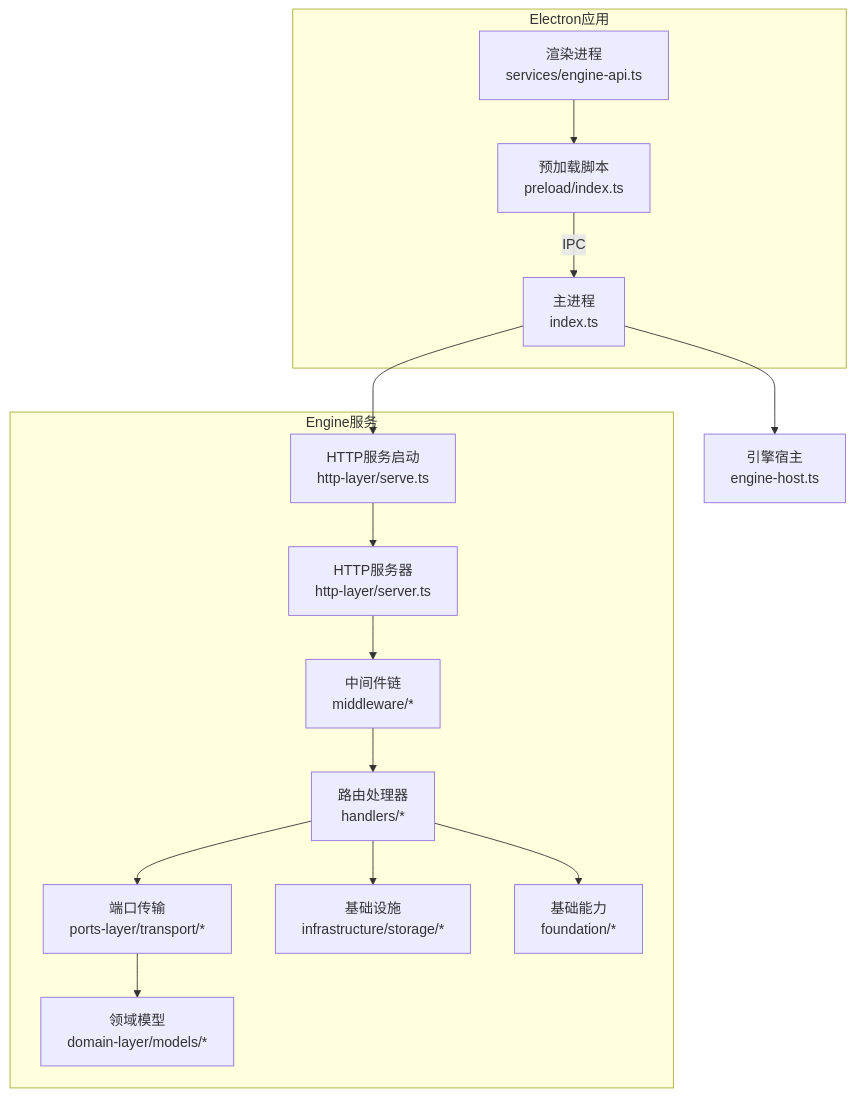
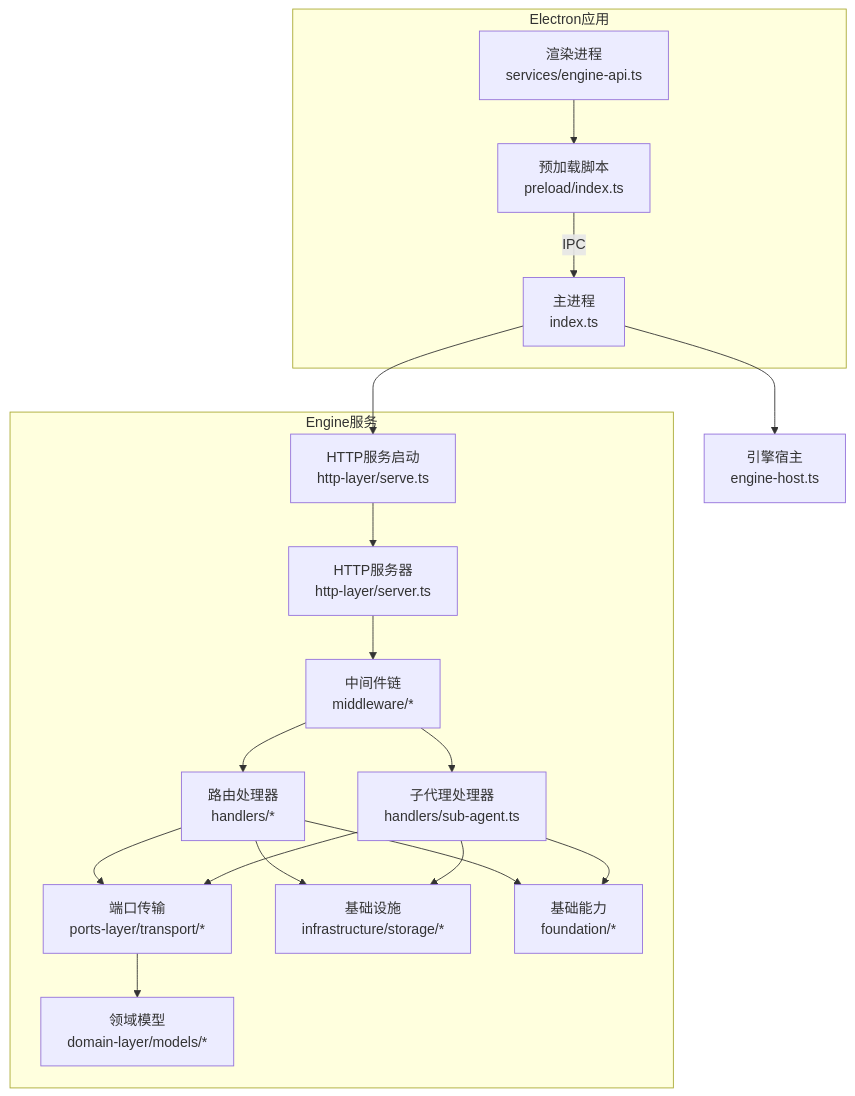
One commit to kkutysllb/KCoder changed the first of 9 diagrams in .qoder/repowiki/zh/content/AI对话系统/引擎API集成.md. Above: the diagram before and after it, drawn with Mermaid. The commit also changed other lines of this file and 127 other files, not shown here.

````diff
--- a/.qoder/repowiki/zh/content/AI对话系统/引擎API集成.md
+++ b/.qoder/repowiki/zh/content/AI对话系统/引擎API集成.md
@@ -60,29 +68,34 @@
 ```mermaid
 graph TB
 subgraph "Electron应用"
 Main["主进程<br/>index.ts"]
 Preload["预加载脚本<br/>preload/index.ts"]
 Renderer["渲染进程<br/>services/engine-api.ts"]
 end
 subgraph "Engine服务"
 HttpServe["HTTP服务启动<br/>http-layer/serve.ts"]
 Server["HTTP服务器<br/>http-layer/server.ts"]
 Handlers["路由处理器<br/>handlers/*"]
+SubAgentHandler["子代理处理器<br/>handlers/sub-agent.ts"]
 Middleware["中间件链<br/>middleware/*"]
 Ports["端口传输<br/>ports-layer/transport/*"]
 Domain["领域模型<br/>domain-layer/models/*"]
 Infra["基础设施<br/>infrastructure/storage/*"]
 Foundation["基础能力<br/>foundation/*"]
 end
 Main --> HttpServe
 Main --> EngineHost["引擎宿主<br/>engine-host.ts"]
 Renderer --> Preload
 Preload --> |IPC| Main
 HttpServe --> Server
 Server --> Middleware
 Middleware --> Handlers
+Middleware --> SubAgentHandler
 Handlers --> Ports
+SubAgentHandler --> Ports
 Ports --> Domain
 Handlers --> Infra
+SubAgentHandler --> Infra
 Handlers --> Foundation
+SubAgentHandler --> Foundation
 ```
````
